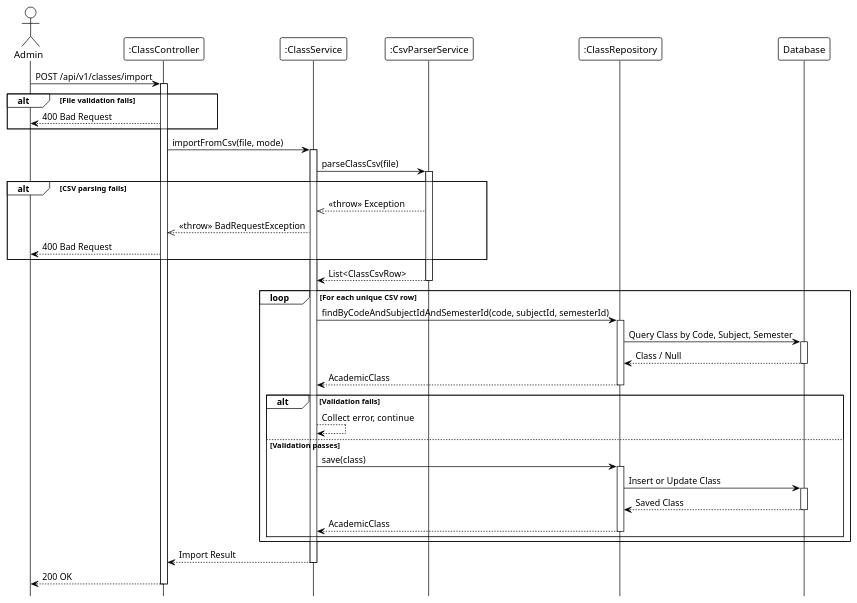
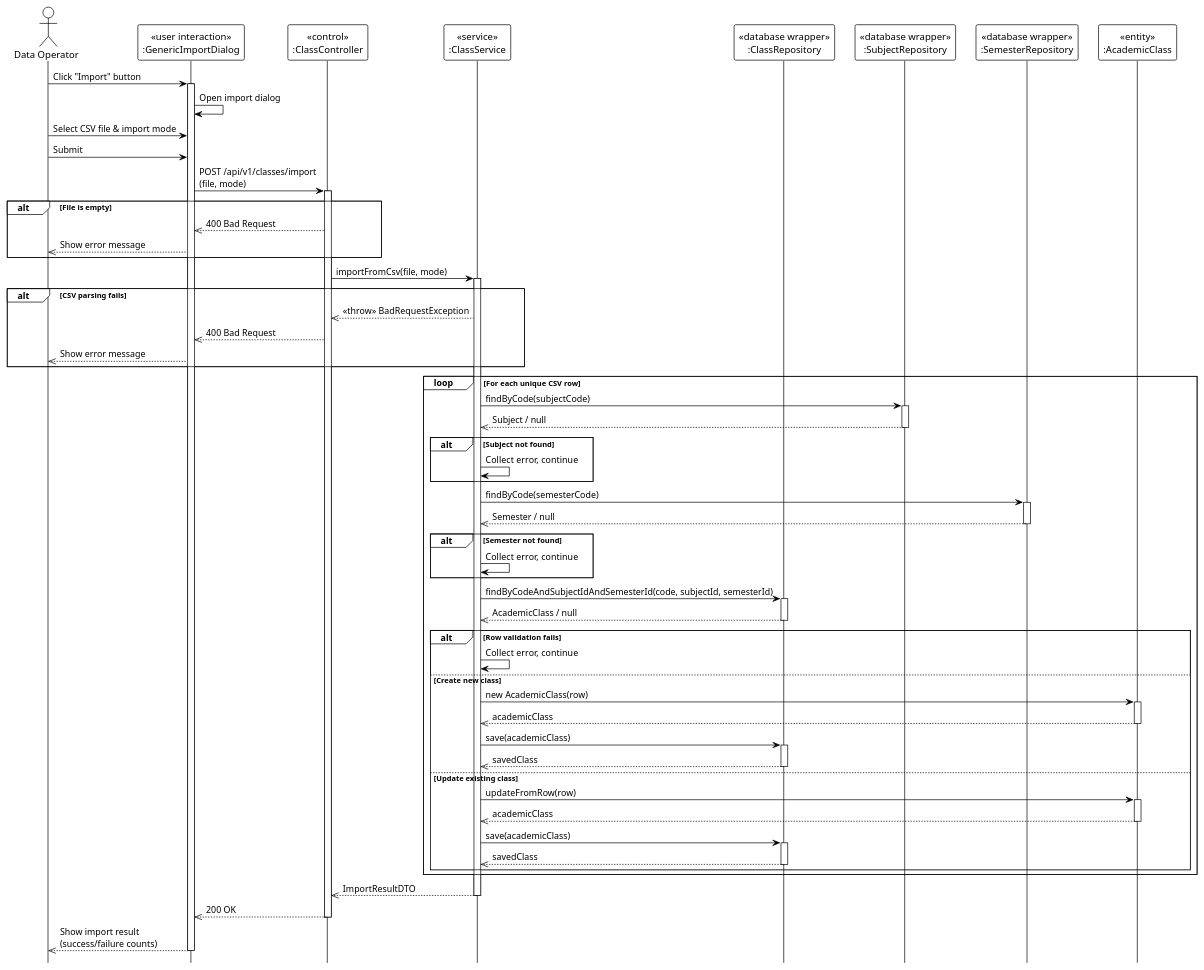
The diagram in system_detailed_design/28_import_csv_class/sequence_diagram_import_csv_class.puml (Ndh474/context), drawn with PlantUML before and after one commit. The commit also changed 5 other files, not shown here.

Commit message:
docs(system_detailed_design): add UML stereotypes to class sequence diagrams

```diff
--- a/system_detailed_design/28_import_csv_class/sequence_diagram_import_csv_class.puml
+++ b/system_detailed_design/28_import_csv_class/sequence_diagram_import_csv_class.puml
@@ -1,81 +1,103 @@
 @startuml import_csv_class
 !theme plain
 hide footbox
 
-actor Admin
-participant ":ClassController" as Controller
-participant ":ClassService" as Service
-participant ":CsvParserService" as CsvParser
-participant ":ClassRepository" as Repository
-participant "Database" as DB
+actor "Data Operator" as DataOperator
 
-' --- MAIN FLOW ---
-Admin -> Controller: POST /api/v1/classes/import
+participant "«user interaction»\n:GenericImportDialog" as UI
+participant "«control»\n:ClassController" as Controller
+participant "«service»\n:ClassService" as Service
+participant "«database wrapper»\n:ClassRepository" as Repository
+participant "«database wrapper»\n:SubjectRepository" as SubjectRepository
+participant "«database wrapper»\n:SemesterRepository" as SemesterRepository
+participant "«entity»\n:AcademicClass" as Entity
+
+' === MAIN FLOW ===
+DataOperator -> UI: Click "Import" button
+activate UI
+
+UI -> UI: Open import dialog
+
+DataOperator -> UI: Select CSV file & import mode
+
+DataOperator -> UI: Submit
+UI -> Controller: POST /api/v1/classes/import\n(file, mode)
 activate Controller
 
-' File validation (internal)
-
-alt File validation fails
-    Controller --> Admin: 400 Bad Request
+alt File is empty
+    Controller -->> UI: 400 Bad Request
+    UI -->> DataOperator: Show error message
 end
 
 Controller -> Service: importFromCsv(file, mode)
 activate Service
 
-' --- CSV PARSING ---
-Service -> CsvParser: parseClassCsv(file)
-activate CsvParser
-
+' === PARSE CSV ===
 alt CSV parsing fails
-    CsvParser -->> Service: <<throw>> Exception
     Service -->> Controller: <<throw>> BadRequestException
-    Controller --> Admin: 400 Bad Request
+    Controller -->> UI: 400 Bad Request
+    UI -->> DataOperator: Show error message
 end
 
-CsvParser --> Service: List<ClassCsvRow>
-deactivate CsvParser
+' === BATCH PROCESSING ===
+loop For each unique CSV row
+    ' === LOOKUP SUBJECT BY CODE ===
+    Service -> SubjectRepository: findByCode(subjectCode)
+    activate SubjectRepository
+    SubjectRepository -->> Service: Subject / null
+    deactivate SubjectRepository
 
-' CSV deduplication (internal)
+    alt Subject not found
+        Service -> Service: Collect error, continue
+    end
 
-' --- BATCH PROCESSING LOOP ---
-loop For each unique CSV row
-    ' Row validation (internal: subject/semester validation, code uniqueness)
+    ' === LOOKUP SEMESTER BY CODE ===
+    Service -> SemesterRepository: findByCode(semesterCode)
+    activate SemesterRepository
+    SemesterRepository -->> Service: Semester / null
+    deactivate SemesterRepository
+
+    alt Semester not found
+        Service -> Service: Collect error, continue
+    end
 
     Service -> Repository: findByCodeAndSubjectIdAndSemesterId(code, subjectId, semesterId)
     activate Repository
-
-    Repository -> DB: Query Class by Code, Subject, Semester
-    activate DB
-    DB --> Repository: Class / Null
-    deactivate DB
-
-    Repository --> Service: AcademicClass
+    Repository -->> Service: AcademicClass / null
     deactivate Repository
 
-    ' Business logic: create or update based on mode (internal)
+    alt Row validation fails
+        Service -> Service: Collect error, continue
+    else Create new class
+        Service -> Entity: new AcademicClass(row)
+        activate Entity
+        Entity -->> Service: academicClass
+        deactivate Entity
 
-    alt Validation fails
-        Service --> Service: Collect error, continue
-    else Validation passes
-        Service -> Repository: save(class)
+        Service -> Repository: save(academicClass)
         activate Repository
+        Repository -->> Service: savedClass
+        deactivate Repository
+    else Update existing class
+        Service -> Entity: updateFromRow(row)
+        activate Entity
+        Entity -->> Service: academicClass
+        deactivate Entity
 
-        Repository -> DB: Insert or Update Class
-        activate DB
-        DB --> Repository: Saved Class
-        deactivate DB
-
-        Repository --> Service: AcademicClass
+        Service -> Repository: save(academicClass)
+        activate Repository
+        Repository -->> Service: savedClass
         deactivate Repository
     end
 end
 
-' Build result with success/failure counts (internal)
-
-Service --> Controller: Import Result
+Service -->> Controller: ImportResultDTO
 deactivate Service
 
-Controller --> Admin: 200 OK
+Controller -->> UI: 200 OK
 deactivate Controller
 
+UI -->> DataOperator: Show import result\n(success/failure counts)
+deactivate UI
+
 @enduml
```
